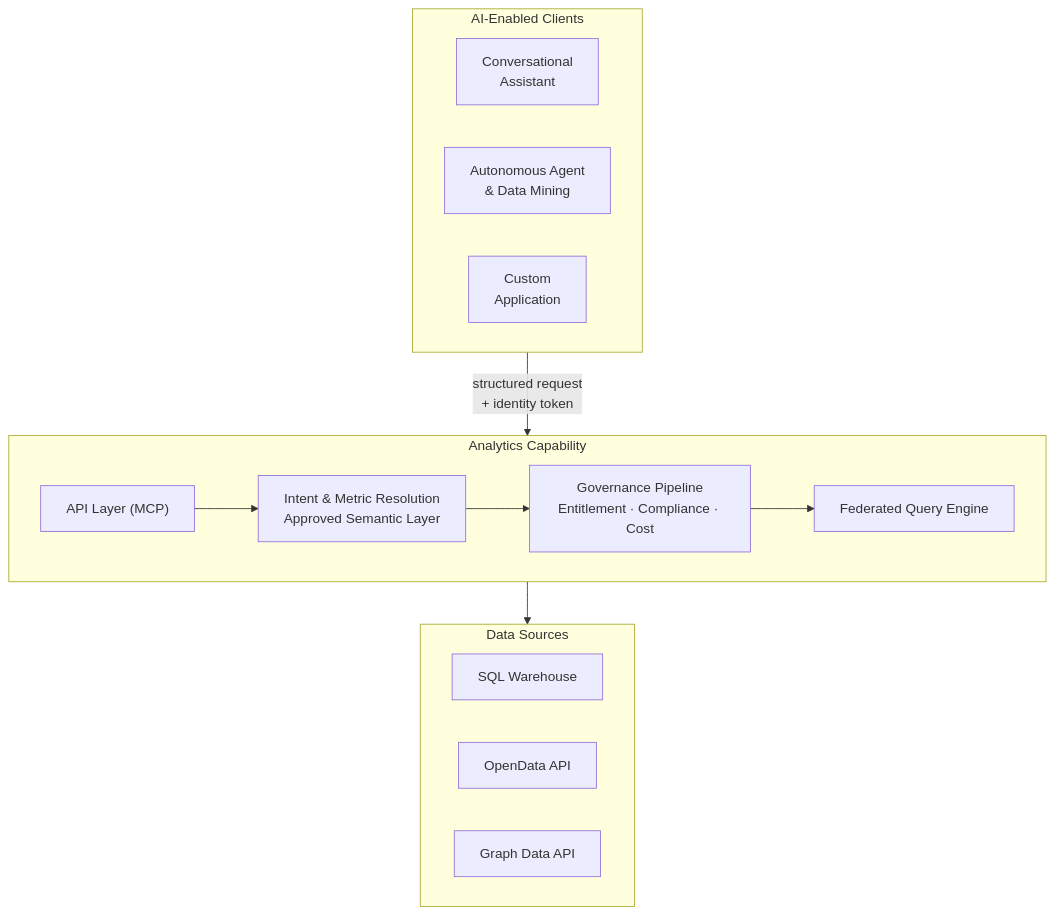
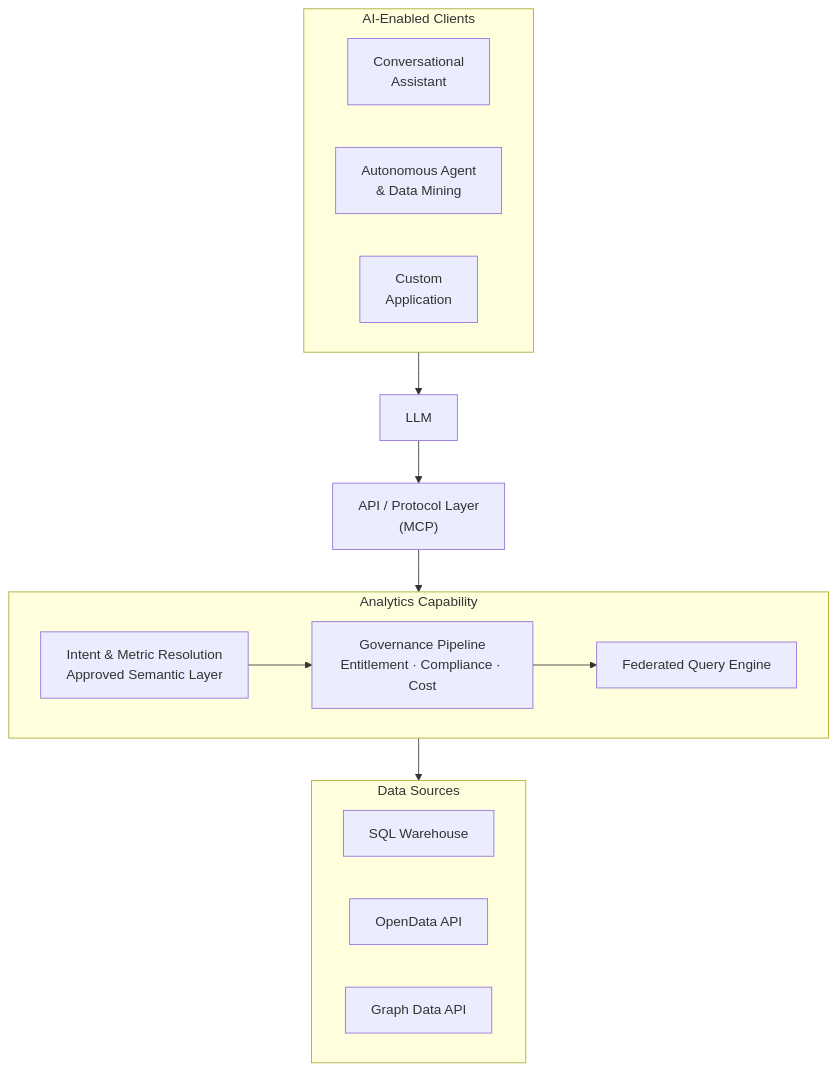
The second of 2 diagrams in docs/product/analytics/00-overview.md (M-A-Operating-System/shared-work), drawn with Mermaid before and after one commit. The commit also changed other lines of this file, not shown here.

Commit message:
docs(analytics): align both diagrams with shared AI Clients, LLM, and MCP layer
Both diagrams now open with identical AI-Enabled Clients subgraph, LLM node, and API/Protocol Layer (MCP) node. Diagrams diverge after MCP: Text-to-SQL exposes raw schema and generates ungoverned SQL; platform routes through Intent & Metric Resolution, Governance Pipeline, and Federated Query Engine to Data Sources.

https://claude.ai/code/session_012QCrGCsT9RdYkxWu5xzNAh

````diff
--- a/docs/product/analytics/00-overview.md
+++ b/docs/product/analytics/00-overview.md
@@ -130,27 +137,29 @@
 ```mermaid
 flowchart TB
     subgraph clients["AI-Enabled Clients"]
         direction LR
-        A1["Conversational\nAssistant"]
-        A2["Autonomous Agent\n& Data Mining"]
-        A3["Custom\nApplication"]
+        C1["Conversational\nAssistant"]
+        C2["Autonomous Agent\n& Data Mining"]
+        C3["Custom\nApplication"]
     end
+    L["LLM"]
+    M["API / Protocol Layer\n(MCP)"]
     subgraph platform["Analytics Capability"]
         direction LR
-        B1["API Layer (MCP)"]
-        B2["Intent & Metric Resolution\nApproved Semantic Layer"]
-        B3["Governance Pipeline\nEntitlement · Compliance · Cost"]
-        B4["Federated Query Engine"]
+        P1["Intent & Metric Resolution\nApproved Semantic Layer"]
+        P2["Governance Pipeline\nEntitlement · Compliance · Cost"]
+        P3["Federated Query Engine"]
     end
     subgraph data["Data Sources"]
         direction LR
-        C1["SQL Warehouse"]
-        C2["OpenData API"]
-        C3["Graph Data API"]
+        D1["SQL Warehouse"]
+        D2["OpenData API"]
+        D3["Graph Data API"]
     end
-    clients -->|"structured request\n+ identity token"| B1
-    B1 --> B2
-    B2 --> B3
-    B3 --> B4
-    B4 --> data
+    clients --> L
+    L --> M
+    M --> P1
+    P1 --> P2
+    P2 --> P3
+    P3 --> data
 ```
````
